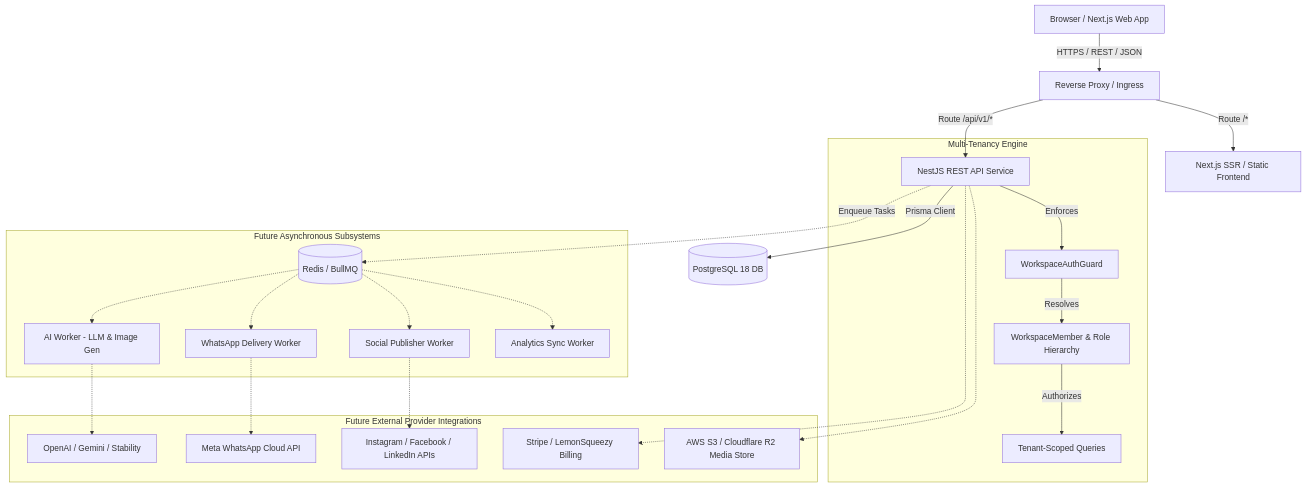
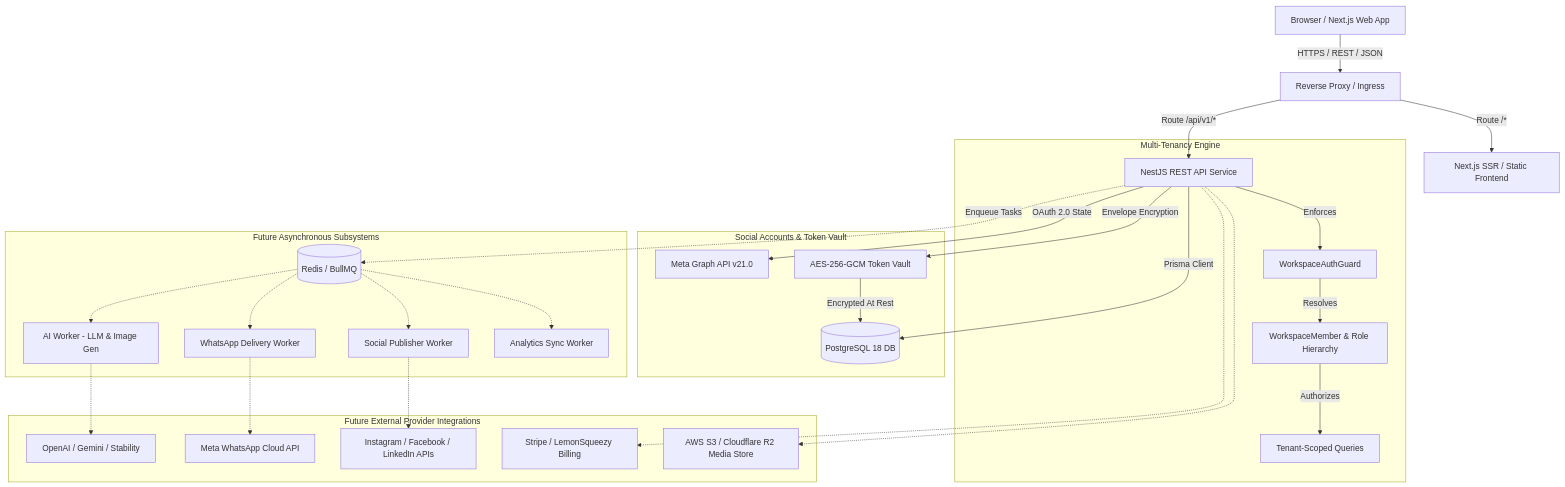
One commit to PARVINDAR77/hootsute changed the diagram in docs/SYSTEM_ARCHITECTURE.md. Above: the diagram before and after it, drawn with Mermaid. The commit also changed other lines of this file and 27 other files, not shown here.

Commit message:
feat(stage-3): implement social media account connections, meta oauth 2.0, and token vault encryption

````diff
--- a/docs/SYSTEM_ARCHITECTURE.md
+++ b/docs/SYSTEM_ARCHITECTURE.md
@@ -5,30 +5,36 @@
 ```mermaid
 graph TD
     Client[Browser / Next.js Web App] -->|HTTPS / REST / JSON| Nginx[Reverse Proxy / Ingress]
     Nginx -->|Route /api/v1/*| NestAPI[NestJS REST API Service]
     Nginx -->|Route /*| NextWeb[Next.js SSR / Static Frontend]
     
     NestAPI -->|Prisma Client| Postgres[(PostgreSQL 18 DB)]
     
     subgraph Multi-Tenancy Engine
         NestAPI -->|Enforces| WGuard[WorkspaceAuthGuard]
         WGuard -->|Resolves| WMember[WorkspaceMember & Role Hierarchy]
         WMember -->|Authorizes| WResource[Tenant-Scoped Queries]
+    end
+
+    subgraph Social Accounts & Token Vault
+        NestAPI -->|OAuth 2.0 State| MetaAPI[Meta Graph API v21.0]
+        NestAPI -->|Envelope Encryption| TokenVault[AES-256-GCM Token Vault]
+        TokenVault -->|Encrypted At Rest| Postgres
     end
 
     subgraph Future Asynchronous Subsystems
         NestAPI -.->|Enqueue Tasks| RedisQueue[(Redis / BullMQ)]
         RedisQueue -.-> WorkerAI[AI Worker - LLM & Image Gen]
         RedisQueue -.-> WorkerWhatsApp[WhatsApp Delivery Worker]
         RedisQueue -.-> WorkerPublish[Social Publisher Worker]
         RedisQueue -.-> WorkerSync[Analytics Sync Worker]
     end
 
     subgraph Future External Provider Integrations
         WorkerAI -.-> OpenAI[OpenAI / Gemini / Stability]
         WorkerWhatsApp -.-> MetaWhatsApp[Meta WhatsApp Cloud API]
         WorkerPublish -.-> SocialAPIs[Instagram / Facebook / LinkedIn APIs]
         NestAPI -.-> Stripe[Stripe / LemonSqueezy Billing]
         NestAPI -.-> S3[AWS S3 / Cloudflare R2 Media Store]
     end
 ```
````
